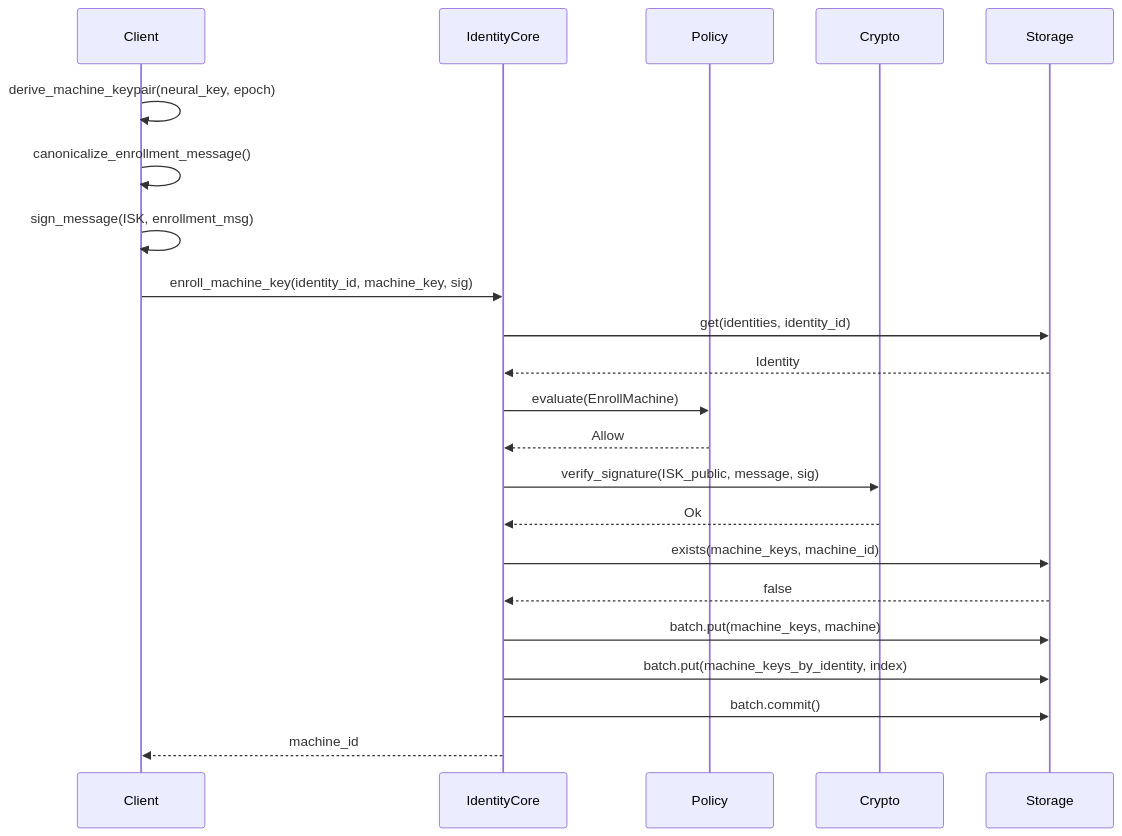
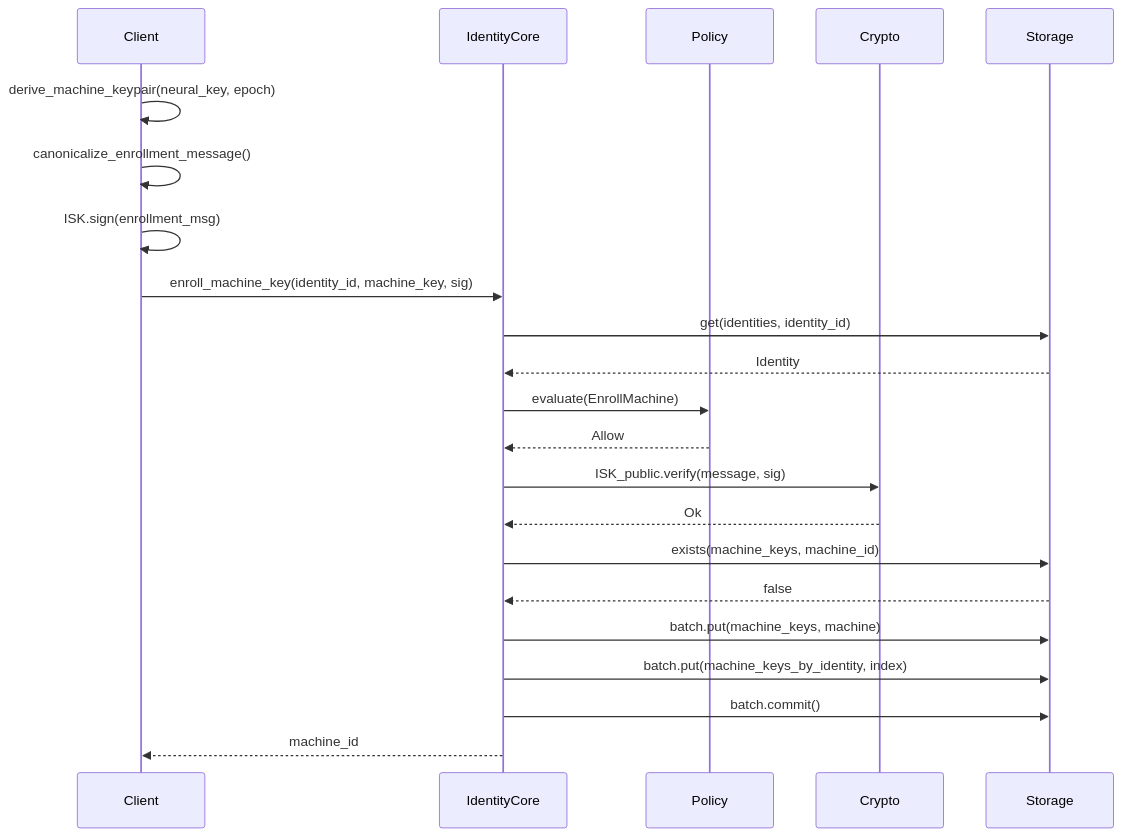
One commit to cypher-asi/zero-auth changed the sixth of 8 diagrams in docs/spec/v0.1.0/04-identity-core.md. Above: the diagram before and after it, drawn with Mermaid. The commit also changed other lines of this file and 13 other files, not shown here.

First line of the commit message:
docs: remove Ed25519KeyPair, sign_message, and classical-only references from all documentation to reflect PQ-Hybrid migration

````diff
--- a/docs/spec/v0.1.0/04-identity-core.md
+++ b/docs/spec/v0.1.0/04-identity-core.md
@@ -516,32 +516,32 @@
 ```mermaid
 sequenceDiagram
     participant Client
     participant IdentityCore
     participant Policy
     participant Crypto
     participant Storage
     
     Client->>Client: derive_machine_keypair(neural_key, epoch)
     Client->>Client: canonicalize_enrollment_message()
-    Client->>Client: sign_message(ISK, enrollment_msg)
+    Client->>Client: ISK.sign(enrollment_msg)
     
     Client->>IdentityCore: enroll_machine_key(identity_id, machine_key, sig)
     
     IdentityCore->>Storage: get(identities, identity_id)
     Storage-->>IdentityCore: Identity
     
     IdentityCore->>Policy: evaluate(EnrollMachine)
     Policy-->>IdentityCore: Allow
     
-    IdentityCore->>Crypto: verify_signature(ISK_public, message, sig)
+    IdentityCore->>Crypto: ISK_public.verify(message, sig)
     Crypto-->>IdentityCore: Ok
     
     IdentityCore->>Storage: exists(machine_keys, machine_id)
     Storage-->>IdentityCore: false
     
     IdentityCore->>Storage: batch.put(machine_keys, machine)
     IdentityCore->>Storage: batch.put(machine_keys_by_identity, index)
     IdentityCore->>Storage: batch.commit()
     
     IdentityCore-->>Client: machine_id
 ```
````
